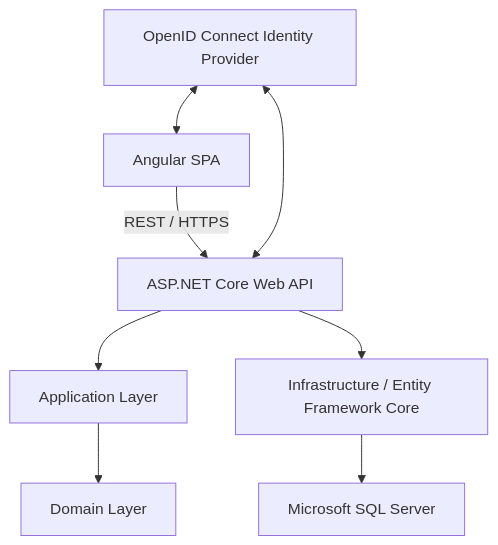
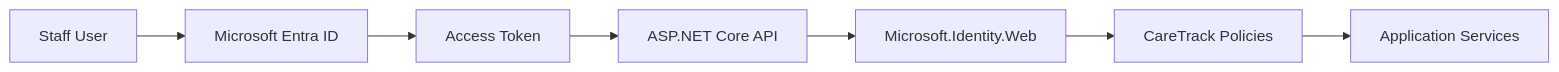
Before and after one commit to mirzahussnain/care-track: the second of 3 diagrams in docs/03-system-architecture.md, drawn with Mermaid. The commit also changed other lines of this file and 10 other files, not shown here.

````diff
--- a/docs/03-system-architecture.md
+++ b/docs/03-system-architecture.md
@@ -50,12 +76,9 @@
 ```mermaid
-flowchart TD
-    SPA[Angular SPA] -->|REST / HTTPS| API[ASP.NET Core Web API]
-    API --> APP[Application Layer]
-    APP --> DOM[Domain Layer]
-
-    API --> INF[Infrastructure / Entity Framework Core]
-    INF --> DB[Microsoft SQL Server]
-
-    IDP[OpenID Connect Identity Provider] <--> SPA
-    IDP <--> API
+flowchart LR
+    USER[Staff User] --> ENTRA[Microsoft Entra ID]
+    ENTRA --> TOKEN[Access Token]
+    TOKEN --> API[ASP.NET Core API]
+    API --> AUTHN[Microsoft.Identity.Web]
+    AUTHN --> AUTHZ[CareTrack Policies]
+    AUTHZ --> APP[Application Services]
 ```
````
